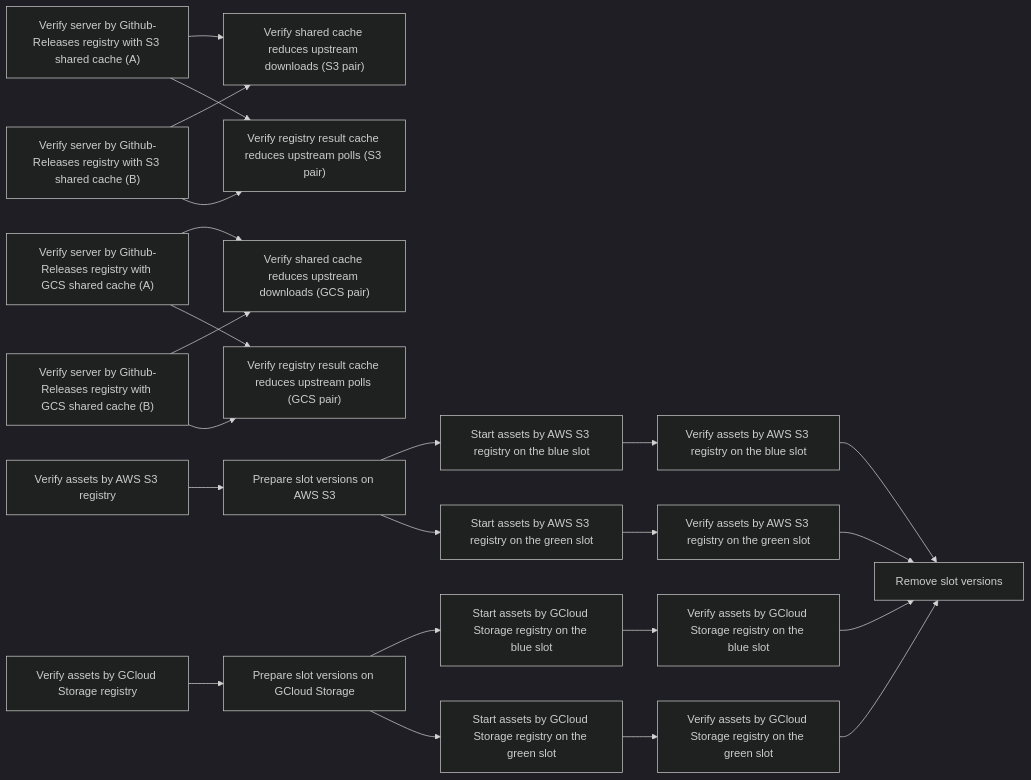
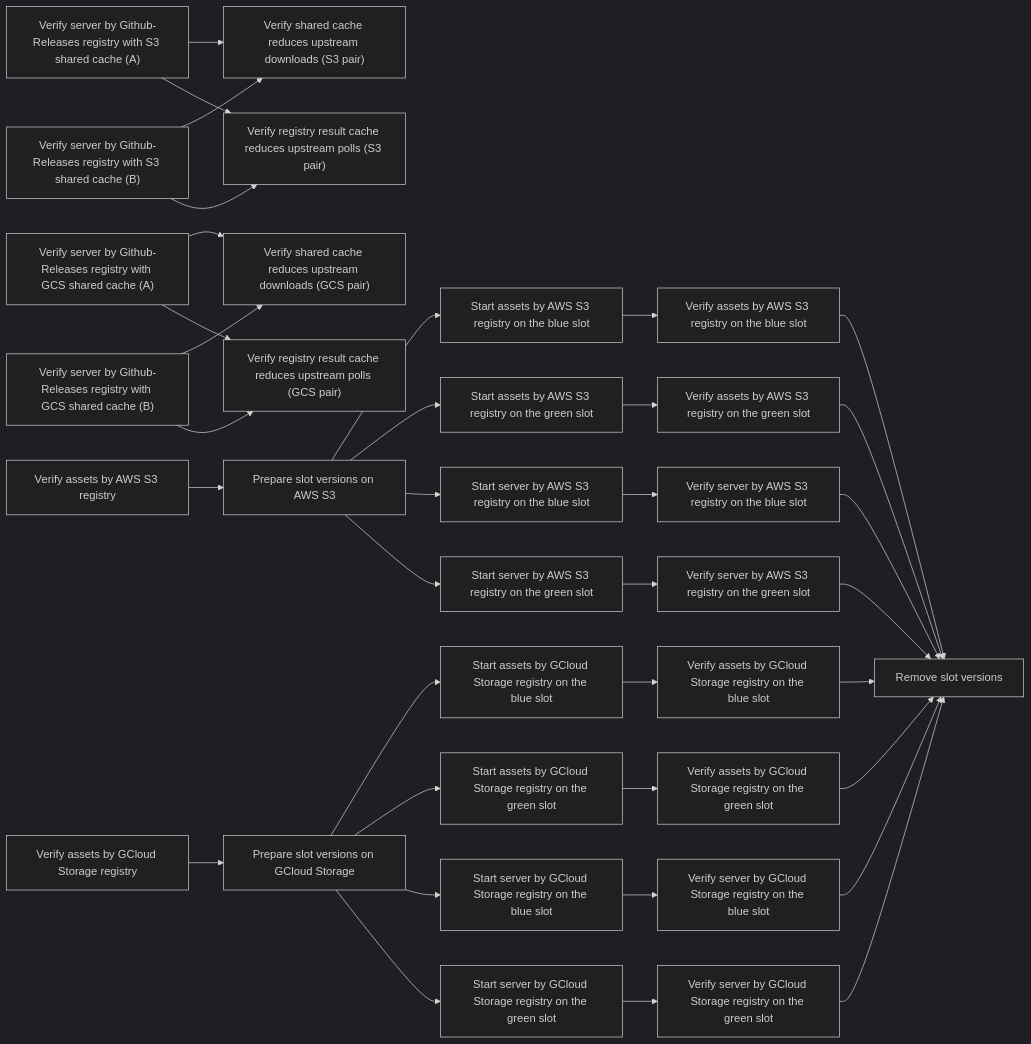
Before and after one commit to linyows/dewy: the third of 3 diagrams in docs/pages/e2e-testing.md, drawn with Mermaid (dark theme). The commit also changed other lines of this file and 5 other files, not shown here.

First line of the commit message:
Test blue/green slots with the server command in e2e

````diff
--- a/docs/pages/e2e-testing.md
+++ b/docs/pages/e2e-testing.md
@@ -209,47 +212,67 @@
 ```mermaid
 flowchart LR
     verify_srv_ghr_s3cache_a["Verify server by Github-Releases registry with S3 shared cache (A)"]
     verify_srv_ghr_s3cache_b["Verify server by Github-Releases registry with S3 shared cache (B)"]
     verify_srv_ghr_gscache_a["Verify server by Github-Releases registry with GCS shared cache (A)"]
     verify_srv_ghr_gscache_b["Verify server by Github-Releases registry with GCS shared cache (B)"]
     verify_ast_s3["Verify assets by AWS S3 registry"]
     verify_ast_gs["Verify assets by GCloud Storage registry"]
     job_34["Verify shared cache reduces upstream downloads (S3 pair)"]
     job_35["Verify shared cache reduces upstream downloads (GCS pair)"]
     job_36["Verify registry result cache reduces upstream polls (S3 pair)"]
     job_37["Verify registry result cache reduces upstream polls (GCS pair)"]
     prepare_slot_s3["Prepare slot versions on AWS S3"]
     prepare_slot_gs["Prepare slot versions on GCloud Storage"]
     start_ast_s3_slot_blue["Start assets by AWS S3 registry on the blue slot"]
     start_ast_s3_slot_green["Start assets by AWS S3 registry on the green slot"]
     start_ast_gs_slot_blue["Start assets by GCloud Storage registry on the blue slot"]
     start_ast_gs_slot_green["Start assets by GCloud Storage registry on the green slot"]
+    start_srv_s3_slot_blue["Start server by AWS S3 registry on the blue slot"]
+    start_srv_s3_slot_green["Start server by AWS S3 registry on the green slot"]
+    start_srv_gs_slot_blue["Start server by GCloud Storage registry on the blue slot"]
+    start_srv_gs_slot_green["Start server by GCloud Storage registry on the green slot"]
     verify_ast_s3_slot_blue["Verify assets by AWS S3 registry on the blue slot"]
     verify_ast_s3_slot_green["Verify assets by AWS S3 registry on the green slot"]
     verify_ast_gs_slot_blue["Verify assets by GCloud Storage registry on the blue slot"]
     verify_ast_gs_slot_green["Verify assets by GCloud Storage registry on the green slot"]
-    job_48["Remove slot versions"]
+    verify_srv_s3_slot_blue["Verify server by AWS S3 registry on the blue slot"]
+    verify_srv_s3_slot_green["Verify server by AWS S3 registry on the green slot"]
+    verify_srv_gs_slot_blue["Verify server by GCloud Storage registry on the blue slot"]
+    verify_srv_gs_slot_green["Verify server by GCloud Storage registry on the green slot"]
+    job_56["Remove slot versions"]
 
     verify_srv_ghr_s3cache_a --> job_34
     verify_srv_ghr_s3cache_b --> job_34
     verify_srv_ghr_gscache_a --> job_35
     verify_srv_ghr_gscache_b --> job_35
     verify_srv_ghr_s3cache_a --> job_36
     verify_srv_ghr_s3cache_b --> job_36
     verify_srv_ghr_gscache_a --> job_37
     verify_srv_ghr_gscache_b --> job_37
     verify_ast_s3 --> prepare_slot_s3
     verify_ast_gs --> prepare_slot_gs
     prepare_slot_s3 --> start_ast_s3_slot_blue
     prepare_slot_s3 --> start_ast_s3_slot_green
     prepare_slot_gs --> start_ast_gs_slot_blue
     prepare_slot_gs --> start_ast_gs_slot_green
+    prepare_slot_s3 --> start_srv_s3_slot_blue
+    prepare_slot_s3 --> start_srv_s3_slot_green
+    prepare_slot_gs --> start_srv_gs_slot_blue
+    prepare_slot_gs --> start_srv_gs_slot_green
     start_ast_s3_slot_blue --> verify_ast_s3_slot_blue
     start_ast_s3_slot_green --> verify_ast_s3_slot_green
     start_ast_gs_slot_blue --> verify_ast_gs_slot_blue
     start_ast_gs_slot_green --> verify_ast_gs_slot_green
-    verify_ast_s3_slot_blue --> job_48
-    verify_ast_s3_slot_green --> job_48
-    verify_ast_gs_slot_blue --> job_48
-    verify_ast_gs_slot_green --> job_48
+    start_srv_s3_slot_blue --> verify_srv_s3_slot_blue
+    start_srv_s3_slot_green --> verify_srv_s3_slot_green
+    start_srv_gs_slot_blue --> verify_srv_gs_slot_blue
+    start_srv_gs_slot_green --> verify_srv_gs_slot_green
+    verify_ast_s3_slot_blue --> job_56
+    verify_ast_s3_slot_green --> job_56
+    verify_ast_gs_slot_blue --> job_56
+    verify_ast_gs_slot_green --> job_56
+    verify_srv_s3_slot_blue --> job_56
+    verify_srv_s3_slot_green --> job_56
+    verify_srv_gs_slot_blue --> job_56
+    verify_srv_gs_slot_green --> job_56
 ```
````
